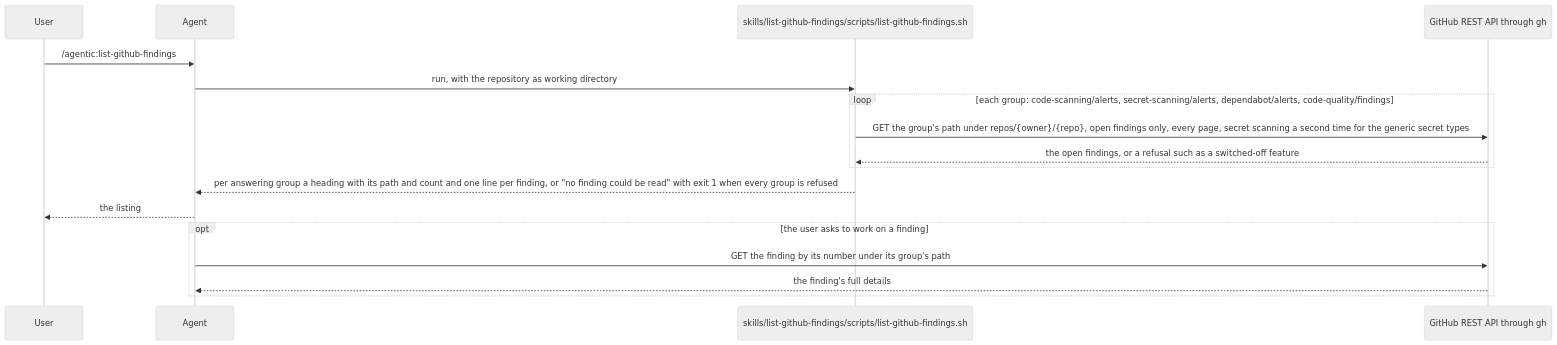
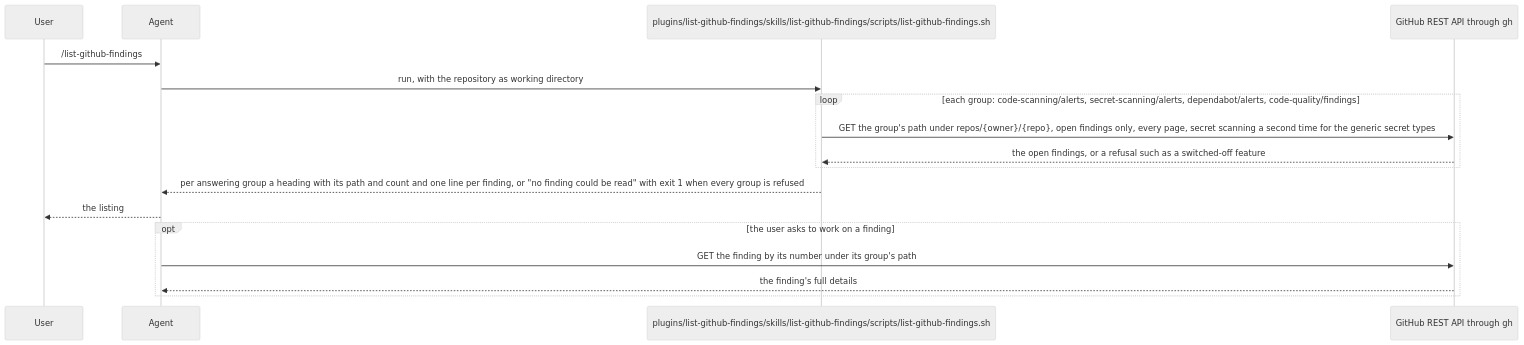
The diagram in docs/contract/list-github-findings.md (lennartmoeller/agentic-plugins), drawn with Mermaid (neutral theme) before and after one commit. The commit also changed other lines of this file and 57 other files, not shown here.

````diff
--- a/docs/contract/list-github-findings.md
+++ b/docs/contract/list-github-findings.md
@@ -3,20 +3,20 @@
 ```mermaid
 sequenceDiagram
     participant user as User
     participant agent as Agent
-    participant script as skills/list-github-findings/scripts/list-github-findings.sh
+    participant script as plugins/list-github-findings/skills/list-github-findings/scripts/list-github-findings.sh
     participant github as GitHub REST API through gh
 
-    user->>agent: /agentic:list-github-findings
+    user->>agent: /list-github-findings
     agent->>script: run, with the repository as working directory
     loop each group: code-scanning/alerts, secret-scanning/alerts, dependabot/alerts, code-quality/findings
         script->>github: GET the group's path under repos/{owner}/{repo}, open findings only, every page, secret scanning a second time for the generic secret types
         github-->>script: the open findings, or a refusal such as a switched-off feature
     end
     script-->>agent: per answering group a heading with its path and count and one line per finding, or "no finding could be read" with exit 1 when every group is refused
     agent-->>user: the listing
     opt the user asks to work on a finding
         agent->>github: GET the finding by its number under its group's path
         github-->>agent: the finding's full details
     end
 ```
````
